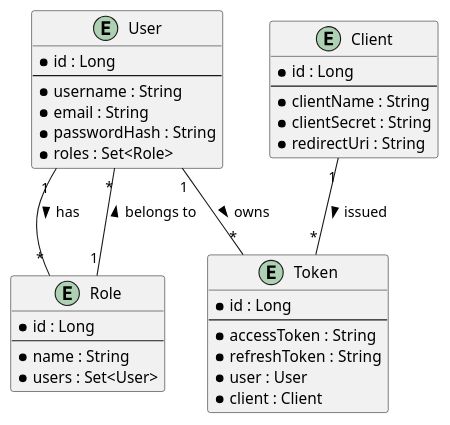
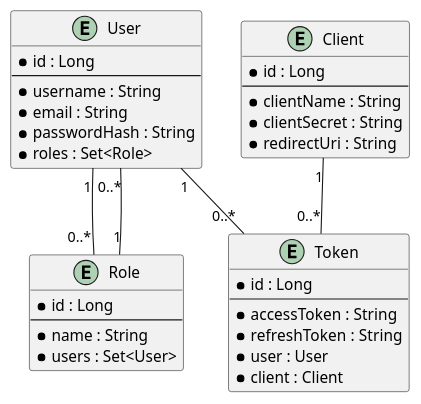
One commit to Dinesh-s95/AutoDoc.ai changed the sixth of 6 diagrams in identityprovider/documentation/detaileddesign.adoc. Above: the diagram before and after it, drawn with PlantUML. The commit also changed other lines of this file and 4 other files, not shown here.

```diff
--- a/identityprovider/documentation/detaileddesign.adoc
+++ b/identityprovider/documentation/detaileddesign.adoc
@@ -253,42 +395,42 @@
 [plantuml, er-diagram, png]
 ----
 @startuml
 entity "User" {
     * id : Long
     --
     * username : String
     * email : String
     * passwordHash : String
     * roles : Set<Role>
 }
 
 entity "Role" {
     * id : Long
     --
     * name : String
     * users : Set<User>
 }
 
 entity "Client" {
     * id : Long
     --
     * clientName : String
     * clientSecret : String
     * redirectUri : String
 }
 
 entity "Token" {
     * id : Long
     --
     * accessToken : String
     * refreshToken : String
     * user : User
     * client : Client
 }
 
-User "1" -- "*" Role : has >
-Role "1" -- "*" User : belongs to >
-User "1" -- "*" Token : owns >
-Client "1" -- "*" Token : issued >
+User "1" -- "0..*" Role
+Role "1" -- "0..*" User
+User "1" -- "0..*" Token
+Client "1" -- "0..*" Token
 @enduml
 ----
```
